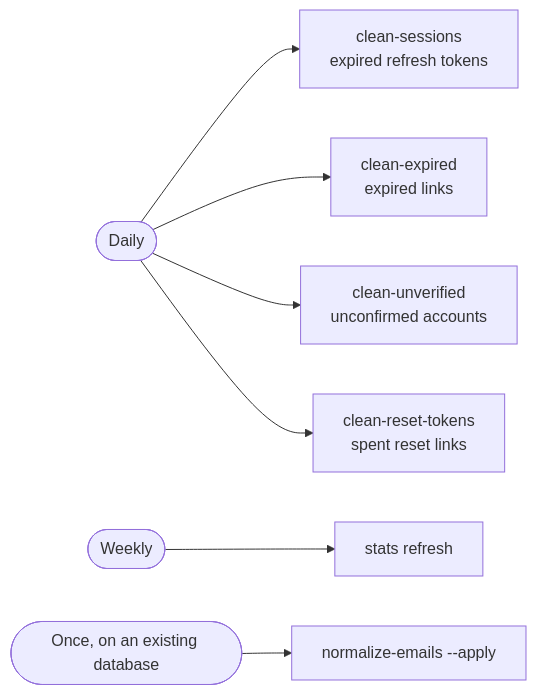
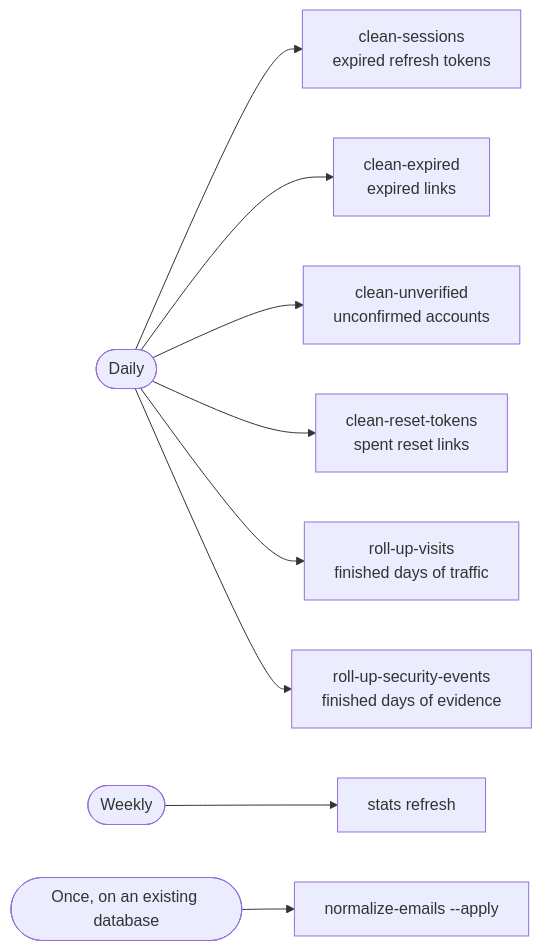
One commit to IAMN1/link-shortener changed the diagram in docs/operations.md. Above: the diagram before and after it, drawn with Mermaid. The commit also changed other lines of this file and 6 other files, not shown here.

````diff
--- a/docs/operations.md
+++ b/docs/operations.md
@@ -157,9 +157,11 @@
 ```mermaid
 flowchart LR
     D([Daily]) --> S[clean-sessions<br/>expired refresh tokens]
     D --> E[clean-expired<br/>expired links]
     D --> U[clean-unverified<br/>unconfirmed accounts]
     D --> P[clean-reset-tokens<br/>spent reset links]
+    D --> V[roll-up-visits<br/>finished days of traffic]
+    D --> C[roll-up-security-events<br/>finished days of evidence]
     W([Weekly]) --> R[stats refresh]
     O([Once, on an existing database]) --> N[normalize-emails --apply]
 ```
````
